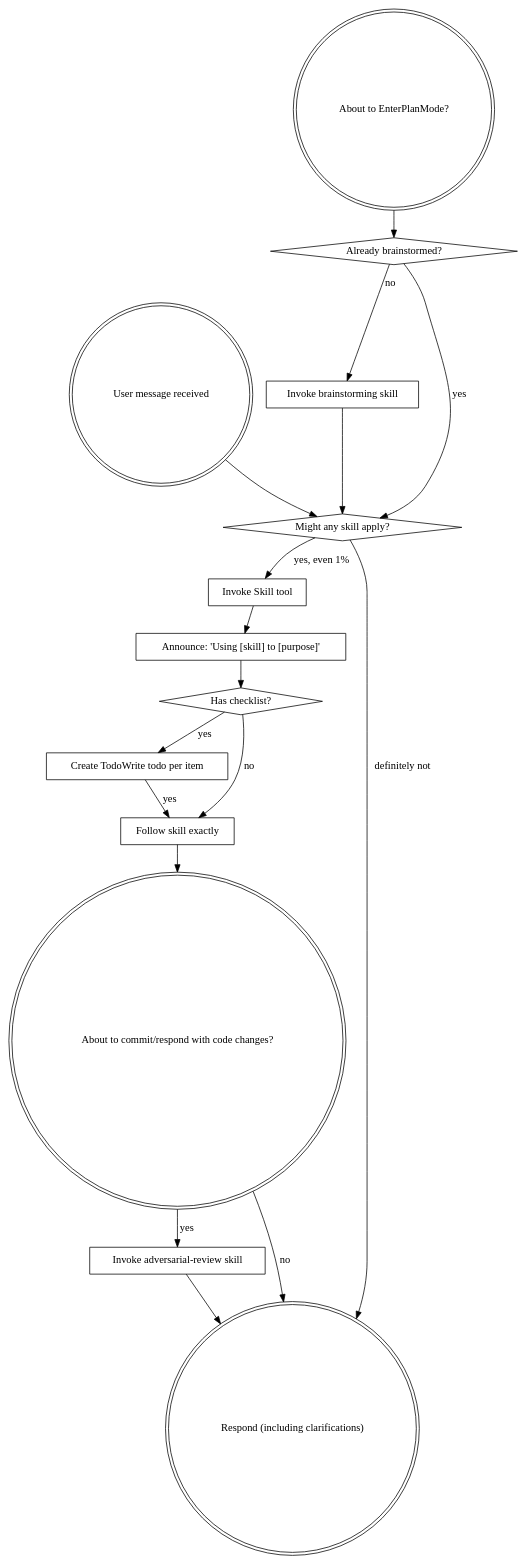
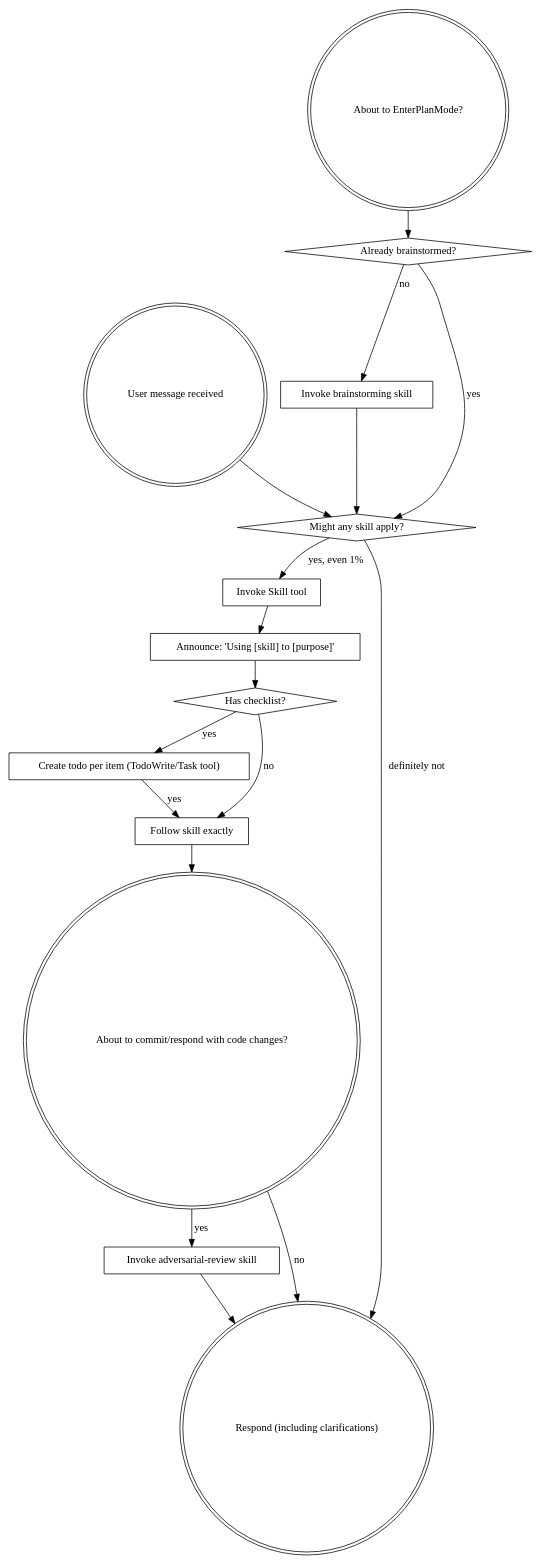
One commit to binhex/superpowers changed the diagram in skills/using-superpowers/SKILL.md. Above: the diagram before and after it, drawn with Graphviz. The commit also changed other lines of this file and 4 other files, not shown here.

````diff
--- a/skills/using-superpowers/SKILL.md
+++ b/skills/using-superpowers/SKILL.md
@@ -48,35 +59,35 @@
 ```dot
 digraph skill_flow {
     "User message received" [shape=doublecircle];
     "About to EnterPlanMode?" [shape=doublecircle];
     "Already brainstormed?" [shape=diamond];
     "Invoke brainstorming skill" [shape=box];
     "Might any skill apply?" [shape=diamond];
     "Invoke Skill tool" [shape=box];
     "Announce: 'Using [skill] to [purpose]'" [shape=box];
     "Has checklist?" [shape=diamond];
-    "Create TodoWrite todo per item" [shape=box];
+    "Create todo per item (TodoWrite/Task tool)" [shape=box];
     "Follow skill exactly" [shape=box];
     "About to commit/respond with code changes?" [shape=doublecircle];
     "Invoke adversarial-review skill" [shape=box];
     "Respond (including clarifications)" [shape=doublecircle];
 
     "About to EnterPlanMode?" -> "Already brainstormed?";
     "Already brainstormed?" -> "Invoke brainstorming skill" [label="no"];
     "Already brainstormed?" -> "Might any skill apply?" [label="yes"];
     "Invoke brainstorming skill" -> "Might any skill apply?";
 
     "User message received" -> "Might any skill apply?";
     "Might any skill apply?" -> "Invoke Skill tool" [label="yes, even 1%"];
     "Might any skill apply?" -> "Respond (including clarifications)" [label="definitely not"];
     "Invoke Skill tool" -> "Announce: 'Using [skill] to [purpose]'";
     "Announce: 'Using [skill] to [purpose]'" -> "Has checklist?";
-    "Has checklist?" -> "Create TodoWrite todo per item" [label="yes"];
+    "Has checklist?" -> "Create todo per item (TodoWrite/Task tool)" [label="yes"];
     "Has checklist?" -> "Follow skill exactly" [label="no"];
-    "Create TodoWrite todo per item" -> "Follow skill exactly" [label="yes"];
+    "Create todo per item (TodoWrite/Task tool)" -> "Follow skill exactly" [label="yes"];
     "Follow skill exactly" -> "About to commit/respond with code changes?";
     "About to commit/respond with code changes?" -> "Invoke adversarial-review skill" [label="yes"];
     "About to commit/respond with code changes?" -> "Respond (including clarifications)" [label="no"];
     "Invoke adversarial-review skill" -> "Respond (including clarifications)";
 }
 ```
````
